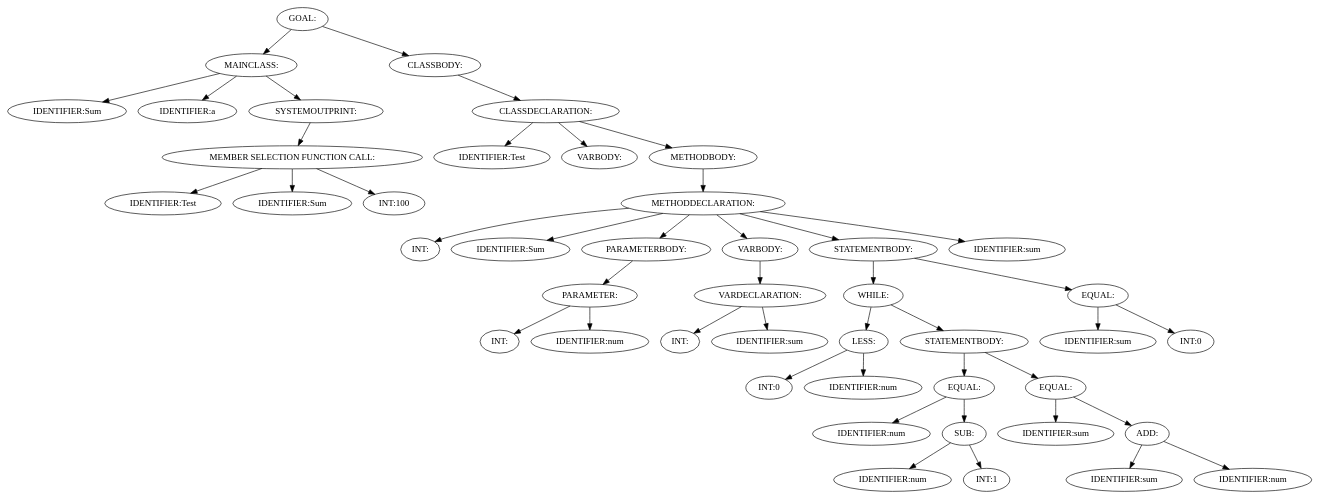
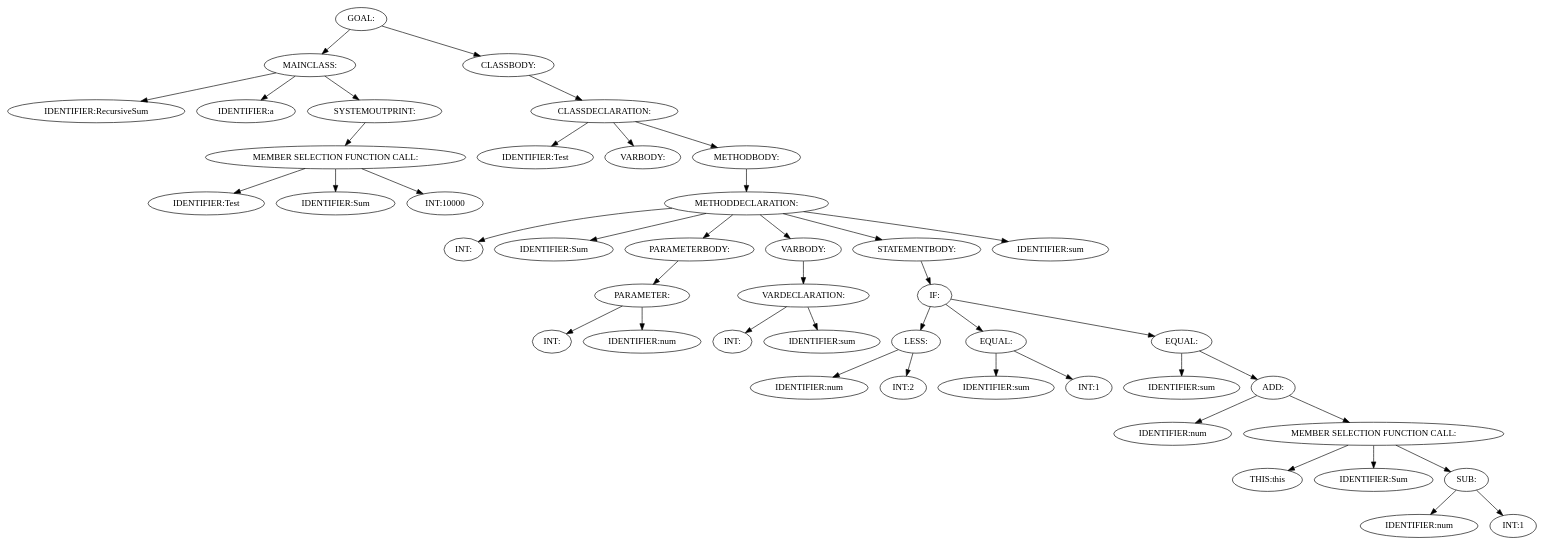
The diagram in assignment_3/tree.dot (DahVoid/DV1655), drawn with Graphviz before and after one commit. The commit also changed 3 other files, not shown here.

```diff
--- a/assignment_3/tree.dot
+++ b/assignment_3/tree.dot
@@ -1,91 +1,89 @@
 digraph {
 n0 [label="GOAL:"];
 n1 [label="MAINCLASS:"];
-n2 [label="IDENTIFIER:Sum"];
+n2 [label="IDENTIFIER:RecursiveSum"];
 n1 -> n2
 n3 [label="IDENTIFIER:a"];
 n1 -> n3
 n4 [label="SYSTEMOUTPRINT:"];
 n5 [label="MEMBER SELECTION FUNCTION CALL:"];
 n6 [label="IDENTIFIER:Test"];
 n5 -> n6
 n7 [label="IDENTIFIER:Sum"];
 n5 -> n7
-n8 [label="INT:100"];
+n8 [label="INT:10000"];
 n5 -> n8
 n4 -> n5
 n1 -> n4
 n0 -> n1
 n9 [label="CLASSBODY:"];
 n10 [label="CLASSDECLARATION:"];
 n11 [label="IDENTIFIER:Test"];
 n10 -> n11
 n12 [label="VARBODY:"];
 n10 -> n12
 n13 [label="METHODBODY:"];
 n14 [label="METHODDECLARATION:"];
 n15 [label="INT:"];
 n14 -> n15
 n16 [label="IDENTIFIER:Sum"];
 n14 -> n16
 n17 [label="PARAMETERBODY:"];
 n18 [label="PARAMETER:"];
 n19 [label="INT:"];
 n18 -> n19
 n20 [label="IDENTIFIER:num"];
 n18 -> n20
 n17 -> n18
 n14 -> n17
 n21 [label="VARBODY:"];
 n22 [label="VARDECLARATION:"];
 n23 [label="INT:"];
 n22 -> n23
 n24 [label="IDENTIFIER:sum"];
 n22 -> n24
 n21 -> n22
 n14 -> n21
 n25 [label="STATEMENTBODY:"];
-n26 [label="WHILE:"];
+n26 [label="IF:"];
 n27 [label="LESS:"];
-n28 [label="INT:0"];
+n28 [label="IDENTIFIER:num"];
 n27 -> n28
-n29 [label="IDENTIFIER:num"];
+n29 [label="INT:2"];
 n27 -> n29
 n26 -> n27
-n30 [label="STATEMENTBODY:"];
-n31 [label="EQUAL:"];
-n32 [label="IDENTIFIER:num"];
-n31 -> n32
-n33 [label="SUB:"];
-n34 [label="IDENTIFIER:num"];
+n30 [label="EQUAL:"];
+n31 [label="IDENTIFIER:sum"];
+n30 -> n31
+n32 [label="INT:1"];
+n30 -> n32
+n26 -> n30
+n33 [label="EQUAL:"];
+n34 [label="IDENTIFIER:sum"];
 n33 -> n34
-n35 [label="INT:1"];
+n35 [label="ADD:"];
+n36 [label="IDENTIFIER:num"];
+n35 -> n36
+n37 [label="MEMBER SELECTION FUNCTION CALL:"];
+n38 [label="THIS:this"];
+n37 -> n38
+n39 [label="IDENTIFIER:Sum"];
+n37 -> n39
+n40 [label="SUB:"];
+n41 [label="IDENTIFIER:num"];
+n40 -> n41
+n42 [label="INT:1"];
+n40 -> n42
+n37 -> n40
+n35 -> n37
 n33 -> n35
-n31 -> n33
-n30 -> n31
-n36 [label="EQUAL:"];
-n37 [label="IDENTIFIER:sum"];
-n36 -> n37
-n38 [label="ADD:"];
-n39 [label="IDENTIFIER:sum"];
-n38 -> n39
-n40 [label="IDENTIFIER:num"];
-n38 -> n40
-n36 -> n38
-n30 -> n36
-n26 -> n30
+n26 -> n33
 n25 -> n26
-n41 [label="EQUAL:"];
-n42 [label="IDENTIFIER:sum"];
-n41 -> n42
-n43 [label="INT:0"];
-n41 -> n43
-n25 -> n41
 n14 -> n25
-n44 [label="IDENTIFIER:sum"];
-n14 -> n44
+n43 [label="IDENTIFIER:sum"];
+n14 -> n43
 n13 -> n14
 n10 -> n13
 n9 -> n10
 n0 -> n9
 }
```
